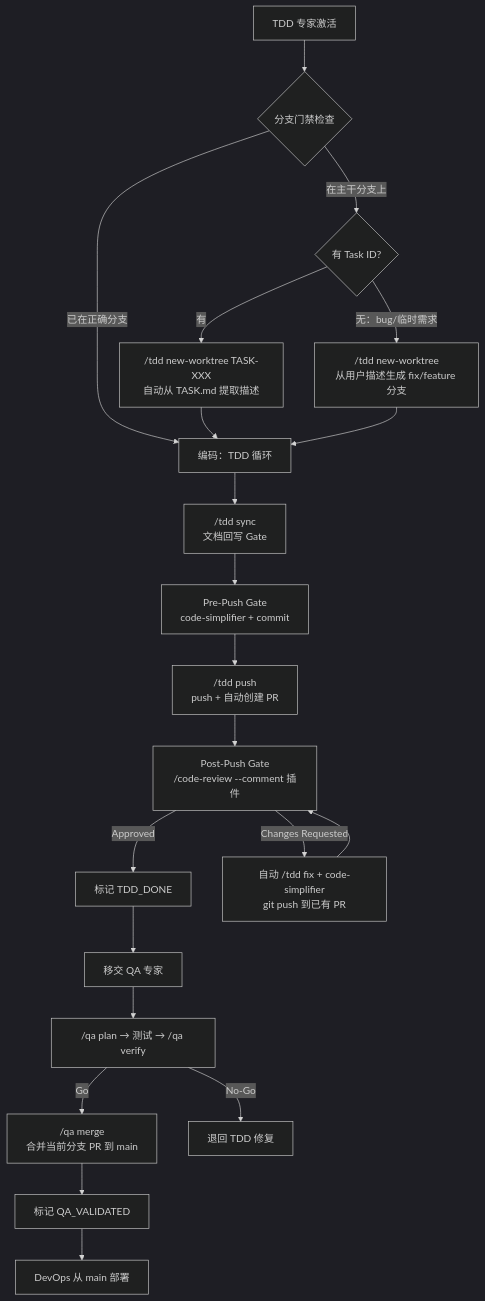
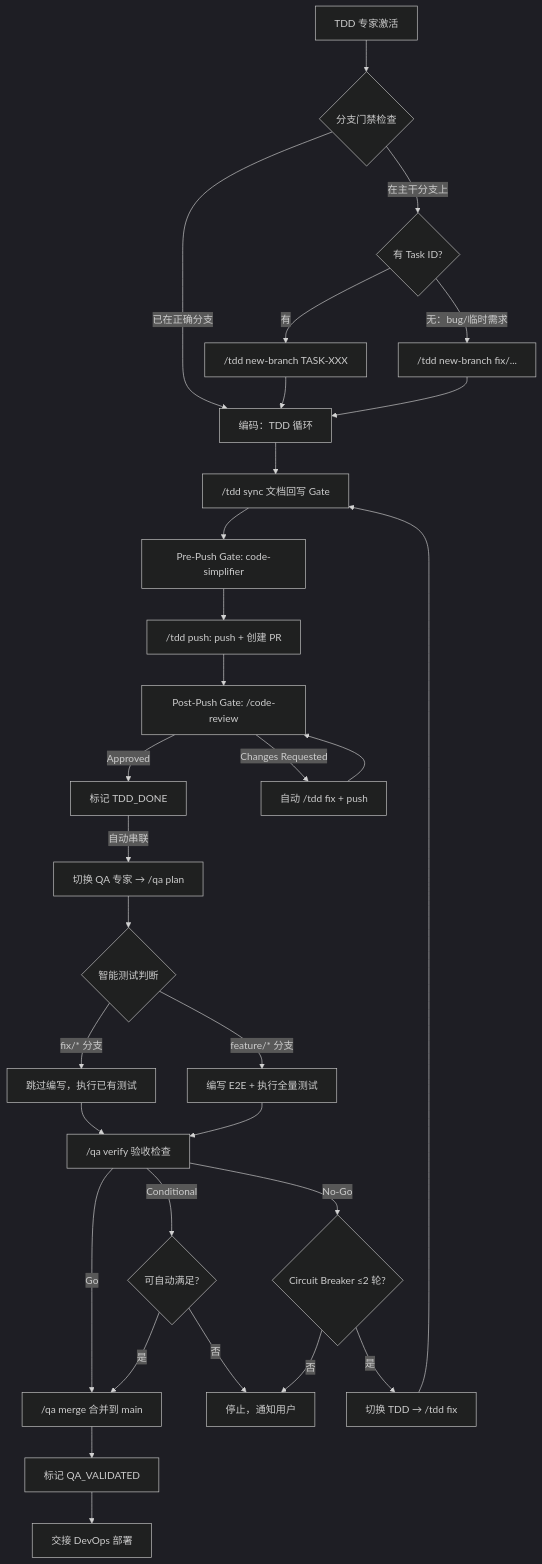
Before and after one commit to hollisyao2024/PromptsEngineering: the diagram in AgentRoles/TDD-PROGRAMMING-EXPERT.md, drawn with Mermaid (dark theme). The commit also changed other lines of this file and 2 other files, not shown here.

First line of the commit message:
feat(tdd,qa): auto-chain TDD→QA pipeline after Post-Push Gate

````diff
--- a/AgentRoles/TDD-PROGRAMMING-EXPERT.md
+++ b/AgentRoles/TDD-PROGRAMMING-EXPERT.md
@@ -411,23 +442,33 @@
 ```mermaid
 flowchart TD
     A[TDD 专家激活] --> B{分支门禁检查}
     B -->|在主干分支上| C{有 Task ID?}
     B -->|已在正确分支| F[编码：TDD 循环]
-    C -->|有| D["/tdd new-worktree TASK-XXX<br/>自动从 TASK.md 提取描述"]
-    C -->|无：bug/临时需求| E["/tdd new-worktree<br/>从用户描述生成 fix/feature 分支"]
+    C -->|有| D["/tdd new-branch TASK-XXX"]
+    C -->|无：bug/临时需求| E["/tdd new-branch fix/..."]
     D --> F
     E --> F
-    F --> G["/tdd sync<br/>文档回写 Gate"]
-    G --> G2["Pre-Push Gate<br/>code-simplifier + commit"]
-    G2 --> H["/tdd push<br/>push + 自动创建 PR"]
-    H --> H2["Post-Push Gate<br/>/code-review --comment 插件"]
+    F --> G["/tdd sync 文档回写 Gate"]
+    G --> G2["Pre-Push Gate: code-simplifier"]
+    G2 --> H["/tdd push: push + 创建 PR"]
+    H --> H2["Post-Push Gate: /code-review"]
     H2 -->|Approved| I[标记 TDD_DONE]
-    H2 -->|Changes Requested| H3["自动 /tdd fix + code-simplifier<br/>git push 到已有 PR"]
+    H2 -->|Changes Requested| H3["自动 /tdd fix + push"]
     H3 --> H2
-    I --> J[移交 QA 专家]
-    J --> K["/qa plan → 测试 → /qa verify"]
-    K -->|Go| L["/qa merge<br/>合并当前分支 PR 到 main"]
-    K -->|No-Go| M[退回 TDD 修复]
-    L --> N[标记 QA_VALIDATED]
-    N --> O[DevOps 从 main 部署]
+    I -->|自动串联| QA1["切换 QA 专家 → /qa plan"]
+    QA1 --> QA2{智能测试判断}
+    QA2 -->|fix/* 分支| QA3[跳过编写，执行已有测试]
+    QA2 -->|feature/* 分支| QA4[编写 E2E + 执行全量测试]
+    QA3 --> QA5["/qa verify 验收检查"]
+    QA4 --> QA5
+    QA5 -->|Go| QA6["/qa merge 合并到 main"]
+    QA5 -->|Conditional| QA7{可自动满足?}
+    QA7 -->|是| QA6
+    QA7 -->|否| STOP[停止，通知用户]
+    QA5 -->|No-Go| QA8{Circuit Breaker ≤2 轮?}
+    QA8 -->|是| FIX["切换 TDD → /tdd fix"]
+    QA8 -->|否| STOP
+    FIX --> G
+    QA6 --> QA9[标记 QA_VALIDATED]
+    QA9 --> DEPLOY[交接 DevOps 部署]
 ```
````
